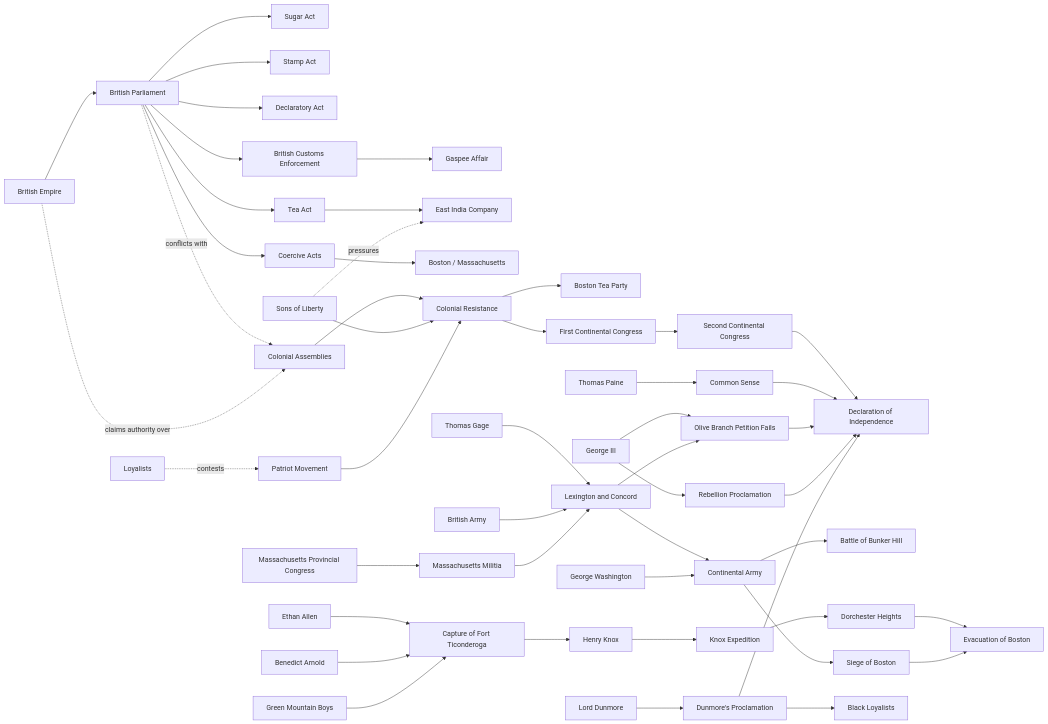
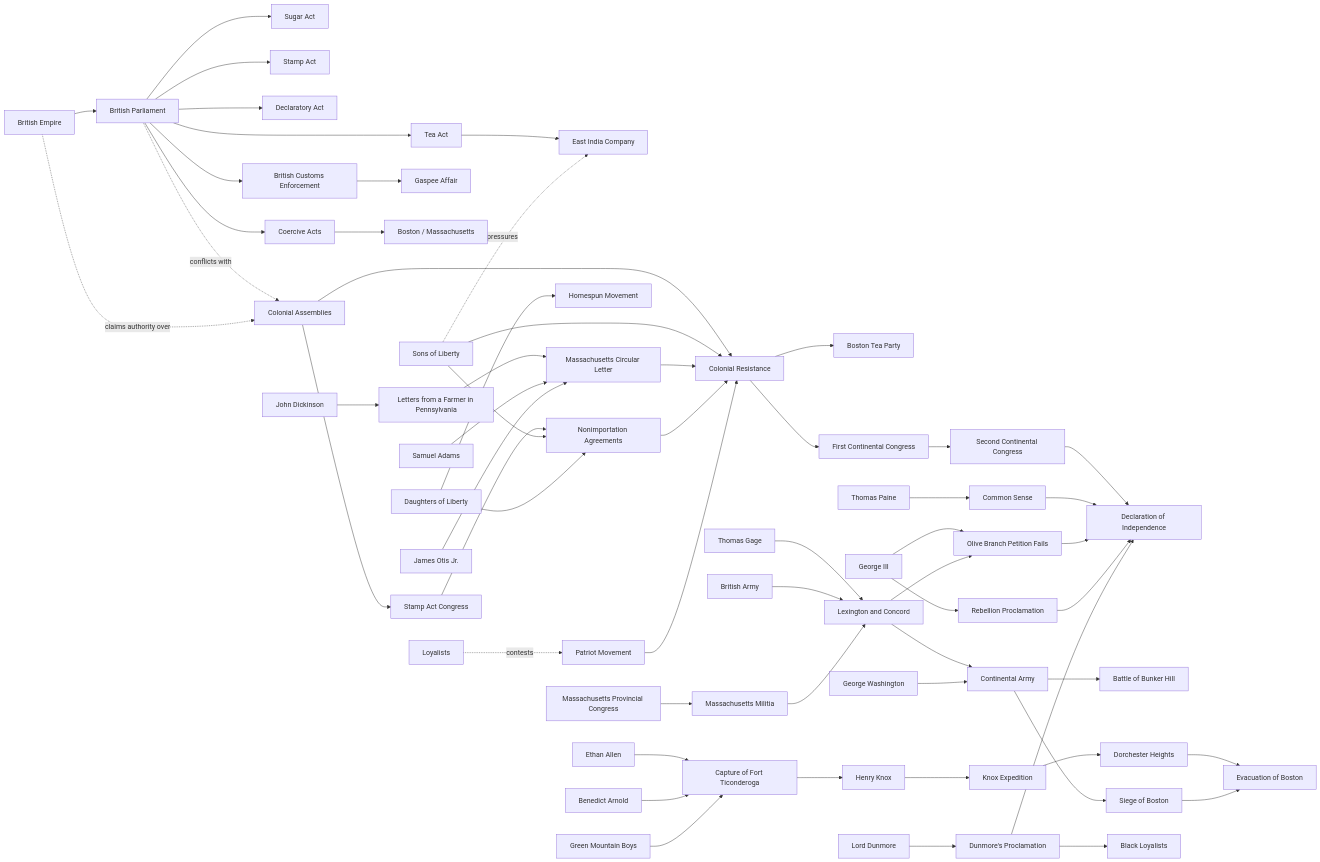
One commit to mattblethen/Causal-Atlas changed the diagram in 09_Maps_Models/Actor_Maps/American Revolution Actor Map.md. Above: the diagram before and after it, drawn with Mermaid. The commit also changed other lines of this file and 55 other files, not shown here.

````diff
--- a/09_Maps_Models/Actor_Maps/American Revolution Actor Map.md
+++ b/09_Maps_Models/Actor_Maps/American Revolution Actor Map.md
@@ -17,52 +20,63 @@
 ```mermaid
 flowchart LR
     BE["British Empire"] --> BP["British Parliament"]
     BP --> SUG["Sugar Act"]
     BP --> SA["Stamp Act"]
     BP --> DA["Declaratory Act"]
     BP --> TA["Tea Act"]
     BP --> COA["Coercive Acts"]
     BP --> BCE["British Customs Enforcement"]
     BCE --> GAS["Gaspee Affair"]
     TA --> EIC["East India Company"]
     COA --> BOS["Boston / Massachusetts"]
 
     CAS["Colonial Assemblies"] --> CR["Colonial Resistance"]
+    CAS --> SAC["Stamp Act Congress"]
+    SAC --> NIA["Nonimportation Agreements"]
     SOL["Sons of Liberty"] --> CR
+    SOL --> NIA
+    DOL["Daughters of Liberty"] --> HOME["Homespun Movement"]
+    DOL --> NIA
+    JD["John Dickinson"] --> FARM["Letters from a Farmer in Pennsylvania"]
+    FARM --> MCL["Massachusetts Circular Letter"]
+    SA2["Samuel Adams"] --> MCL
+    JO["James Otis Jr."] --> MCL
+    MCL --> CR
+    NIA --> CR
     PM["Patriot Movement"] --> CR
     CR --> BTP["Boston Tea Party"]
     CR --> FCC["First Continental Congress"]
     FCC --> SCC["Second Continental Congress"]
     SCC --> DOI["Declaration of Independence"]
     TP["Thomas Paine"] --> CS["Common Sense"]
     CS --> DOI
     G3["George III"] --> OBP["Olive Branch Petition Fails"]
     G3 --> REB["Rebellion Proclamation"]
     OBP --> DOI
     REB --> DOI
     TG["Thomas Gage"] --> LC["Lexington and Concord"]
     BA["British Army"] --> LC
     MM["Massachusetts Militia"] --> LC
     MPC["Massachusetts Provincial Congress"] --> MM
     LC --> CTA["Continental Army"]
     GW["George Washington"] --> CTA
     CTA --> BH["Battle of Bunker Hill"]
     EA["Ethan Allen"] --> TIC["Capture of Fort Ticonderoga"]
     BA2["Benedict Arnold"] --> TIC
     GMB["Green Mountain Boys"] --> TIC
     TIC --> HK["Henry Knox"]
     HK --> KNOX["Knox Expedition"]
     KNOX --> DH["Dorchester Heights"]
     CTA --> SB["Siege of Boston"]
     DH --> EB
     SB --> EB["Evacuation of Boston"]
     LC --> OBP
     LOY["Loyalists"] -. contests .-> PM
     LD["Lord Dunmore"] --> DUN["Dunmore's Proclamation"]
     DUN --> BL["Black Loyalists"]
     DUN --> DOI
 
     BP -. conflicts with .-> CAS
     BE -. claims authority over .-> CAS
     SOL -. pressures .-> EIC
 ```
````
